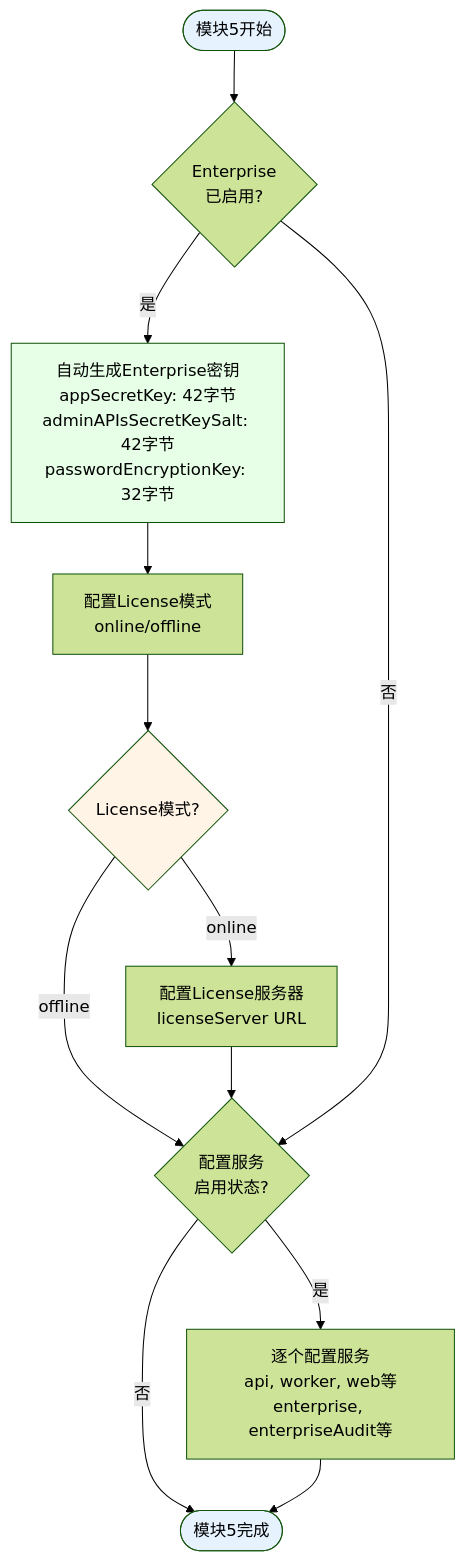
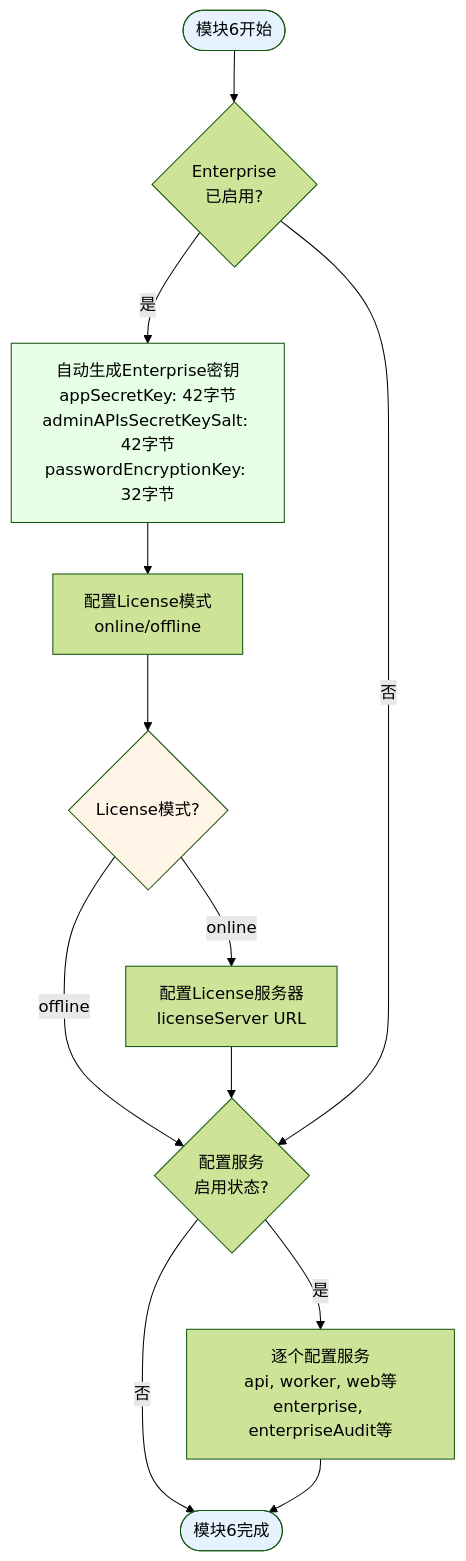
One commit to Petrus-Han/dify-ee-helm-chart-values-generator changed the seventh of 9 diagrams in docs/FLOWCHART.md. Above: the diagram before and after it, drawn with Mermaid (forest theme). The commit also changed other lines of this file and 5 other files, not shown here.

````diff
--- a/docs/FLOWCHART.md
+++ b/docs/FLOWCHART.md
@@ -197,27 +232,27 @@
 ```mermaid
 flowchart TD
-    Start([模块5开始]) --> CheckEnterprise{Enterprise<br/>已启用?}
+    Start([模块6开始]) --> CheckEnterprise{Enterprise<br/>已启用?}
     
     CheckEnterprise -->|是| GenEnterpriseKeys[自动生成Enterprise密钥<br/>appSecretKey: 42字节<br/>adminAPIsSecretKeySalt: 42字节<br/>passwordEncryptionKey: 32字节]
     
     GenEnterpriseKeys --> LicenseMode[配置License模式<br/>online/offline]
     
     LicenseMode --> LicenseCheck{License模式?}
     LicenseCheck -->|online| LicenseServer[配置License服务器<br/>licenseServer URL]
     LicenseCheck -->|offline| ServiceToggle
     
     LicenseServer --> ServiceToggle
     CheckEnterprise -->|否| ServiceToggle
     
     ServiceToggle{配置服务<br/>启用状态?}
     
     ServiceToggle -->|是| ToggleServices[逐个配置服务<br/>api, worker, web等<br/>enterprise, enterpriseAudit等]
     ServiceToggle -->|否| End
     
-    ToggleServices --> End([模块5完成])
+    ToggleServices --> End([模块6完成])
     
     style Start fill:#E6F3FF
     style End fill:#E6F3FF
     style GenEnterpriseKeys fill:#E6FFE6
     style LicenseCheck fill:#FFF4E6
 ```
````
